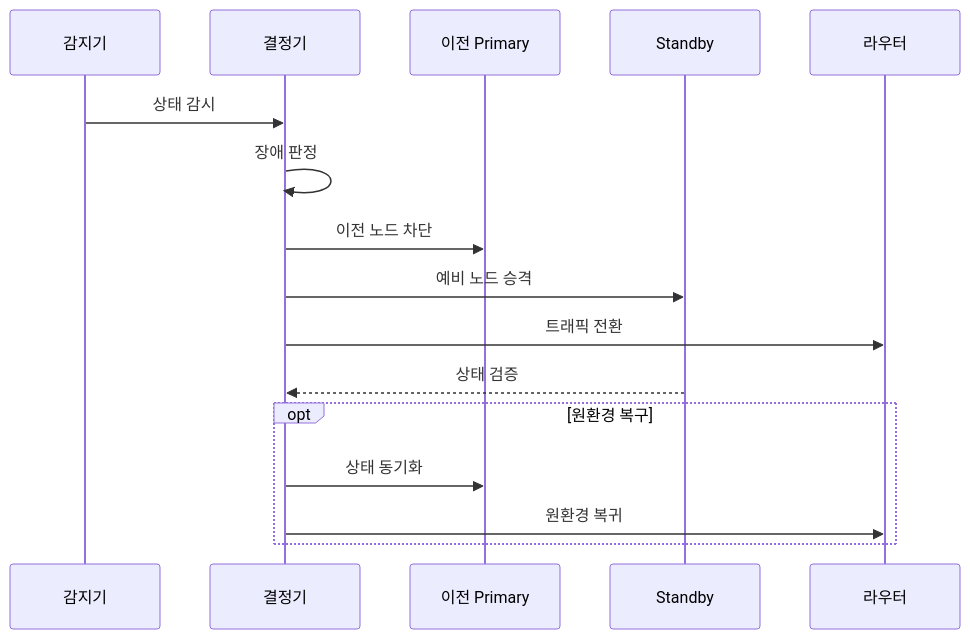
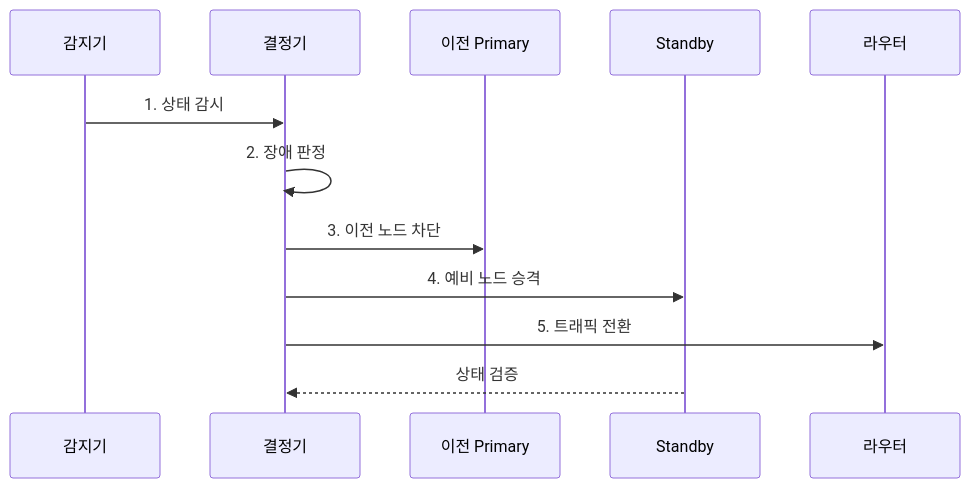
The second of 2 diagrams in src/content/docs/notes/03-software/200_auto_failover.md (agnusdei1207/knowledge-base), drawn with Mermaid before and after one commit. The commit also changed other lines of this file and 20 other files, not shown here.

````diff
--- a/src/content/docs/notes/03-software/200_auto_failover.md
+++ b/src/content/docs/notes/03-software/200_auto_failover.md
@@ -87,18 +88,14 @@
 ```mermaid
 sequenceDiagram
     participant M as 감지기
     participant D as 결정기
     participant P as 이전 Primary
     participant S as Standby
     participant R as 라우터
-    M->>D: 상태 감시
-    D->>D: 장애 판정
-    D->>P: 이전 노드 차단
-    D->>S: 예비 노드 승격
-    D->>R: 트래픽 전환
+    M->>D: 1. 상태 감시
+    D->>D: 2. 장애 판정
+    D->>P: 3. 이전 노드 차단
+    D->>S: 4. 예비 노드 승격
+    D->>R: 5. 트래픽 전환
     S-->>D: 상태 검증
-    opt 원환경 복구
-        D->>P: 상태 동기화
-        D->>R: 원환경 복귀
-    end
 ```
````
